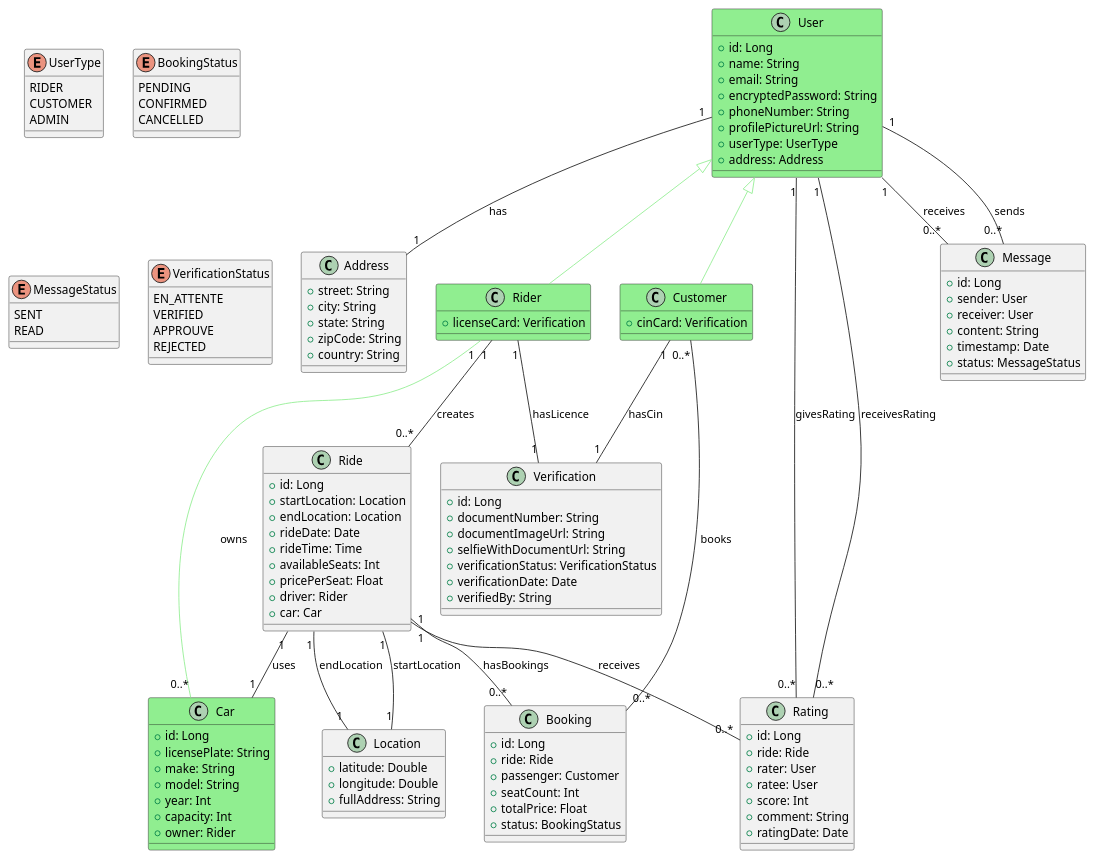
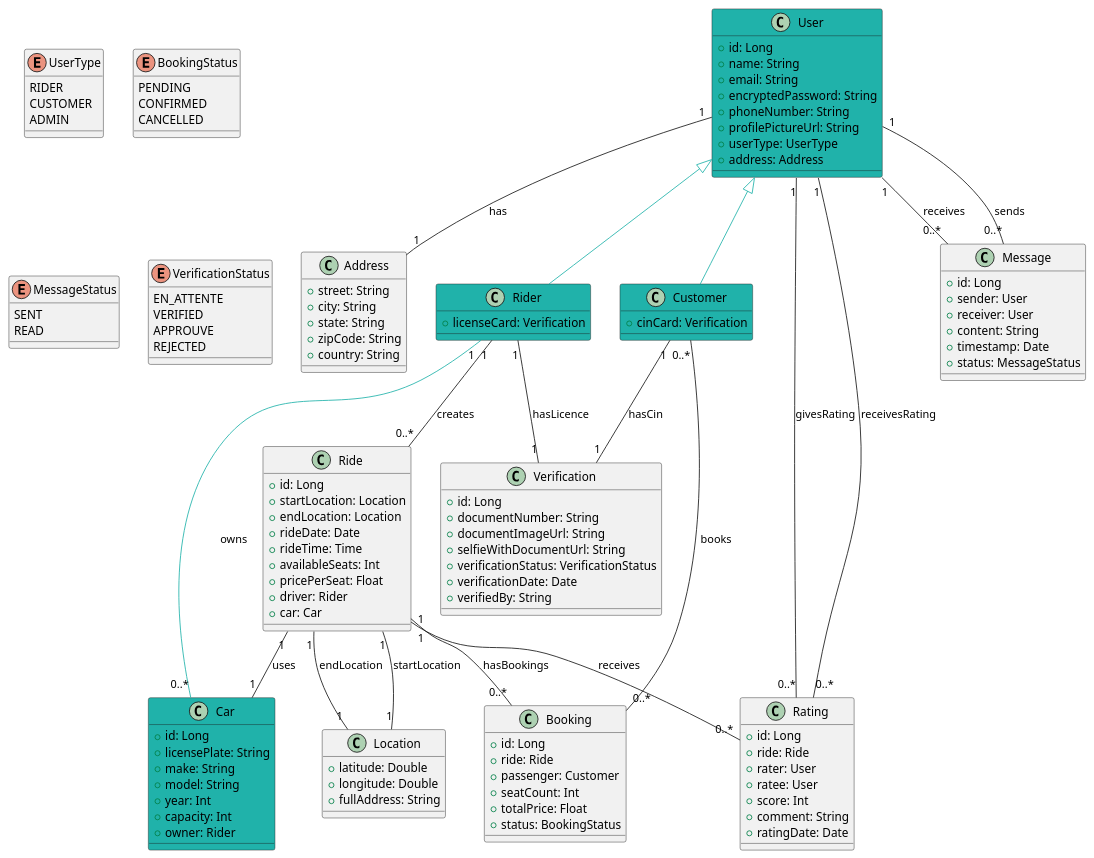
Before and after one commit to Mk-1000/my-ride-api: the diagram in MyRide.plantuml, drawn with PlantUML. The commit also changed 40 other files, not shown here.

```diff
--- a/MyRide.plantuml
+++ b/MyRide.plantuml
@@ -1,143 +1,143 @@
 @startuml
-class User #LightGreen {
+class User #LightSeaGreen {
   +id: Long
   +name: String
   +email: String
   +encryptedPassword: String
   +phoneNumber: String
   +profilePictureUrl: String
   +userType: UserType
   +address: Address
 }
 
 class Address {
   +street: String
   +city: String
   +state: String
   +zipCode: String
   +country: String
 }
 
 class Location {
   +latitude: Double
   +longitude: Double
   +fullAddress: String
 }
 
-class Rider #LightGreen {
+class Rider #LightSeaGreen {
   +licenseCard: Verification
 }
 
 class Verification {
   +id: Long
   +documentNumber: String
   +documentImageUrl: String
   +selfieWithDocumentUrl: String
   +verificationStatus: VerificationStatus
   +verificationDate: Date
   +verifiedBy: String
 }
 
-class Customer #LightGreen{
+class Customer #LightSeaGreen{
     +cinCard: Verification
 }
 
-class Car #LightGreen{
+class Car #LightSeaGreen{
   +id: Long
   +licensePlate: String
   +make: String
   +model: String
   +year: Int
   +capacity: Int
   +owner: Rider
 }
 
 class Ride {
   +id: Long
   +startLocation: Location
   +endLocation: Location
   +rideDate: Date
   +rideTime: Time
   +availableSeats: Int
   +pricePerSeat: Float
   +driver: Rider
   +car: Car
 }
 
 class Booking {
   +id: Long
   +ride: Ride
   +passenger: Customer
   +seatCount: Int
   +totalPrice: Float
   +status: BookingStatus
 }
 
 class Rating {
   +id: Long
   +ride: Ride
   +rater: User
   +ratee: User
   +score: Int
   +comment: String
   +ratingDate: Date
 }
 
 class Message {
   +id: Long
   +sender: User
   +receiver: User
   +content: String
   +timestamp: Date
   +status: MessageStatus
 }
 
 enum UserType {
   RIDER
   CUSTOMER
   ADMIN
 }
 
 enum BookingStatus {
   PENDING
   CONFIRMED
   CANCELLED
 }
 
 enum MessageStatus {
   SENT
   READ
 }
 
 ' Waiting for verification (initial state)
 ' Good detection by AI (automated status)
 ' Final approval by support team
 ' Rejected by support team or failed AI verification
 
 enum VerificationStatus {
   EN_ATTENTE
   VERIFIED
   APPROUVE
   REJECTED
 }
 
 ' Relationships
 Customer "1" -- "1" Verification: hasCin
 Rider "1" -- "1" Verification: hasLicence
 User "1" -- "1" Address: has
 
-User <|-- Rider #LightGreen
-User <|-- Customer #LightGreen
-Rider "1" -- "0..*" Car #LightGreen : owns
+User <|-- Rider #LightSeaGreen
+User <|-- Customer #LightSeaGreen
+Rider "1" -- "0..*" Car #LightSeaGreen : owns
 Rider "1" -- "0..*" Ride: creates 
 Ride "1" -- "1" Car: uses
 Ride "1" -- "0..*" Booking: hasBookings
 Customer "0..*" -- "0..*" Booking: books
 Ride "1" -- "0..*" Rating: receives
 User "1" -- "0..*" Rating: givesRating
 User "1" -- "0..*" Rating: receivesRating
 User "1" -- "0..*" Message: sends
 User "1" -- "0..*" Message: receives
 Ride "1" -- "1" Location: startLocation
 Ride "1" -- "1" Location: endLocation
 @enduml
```
